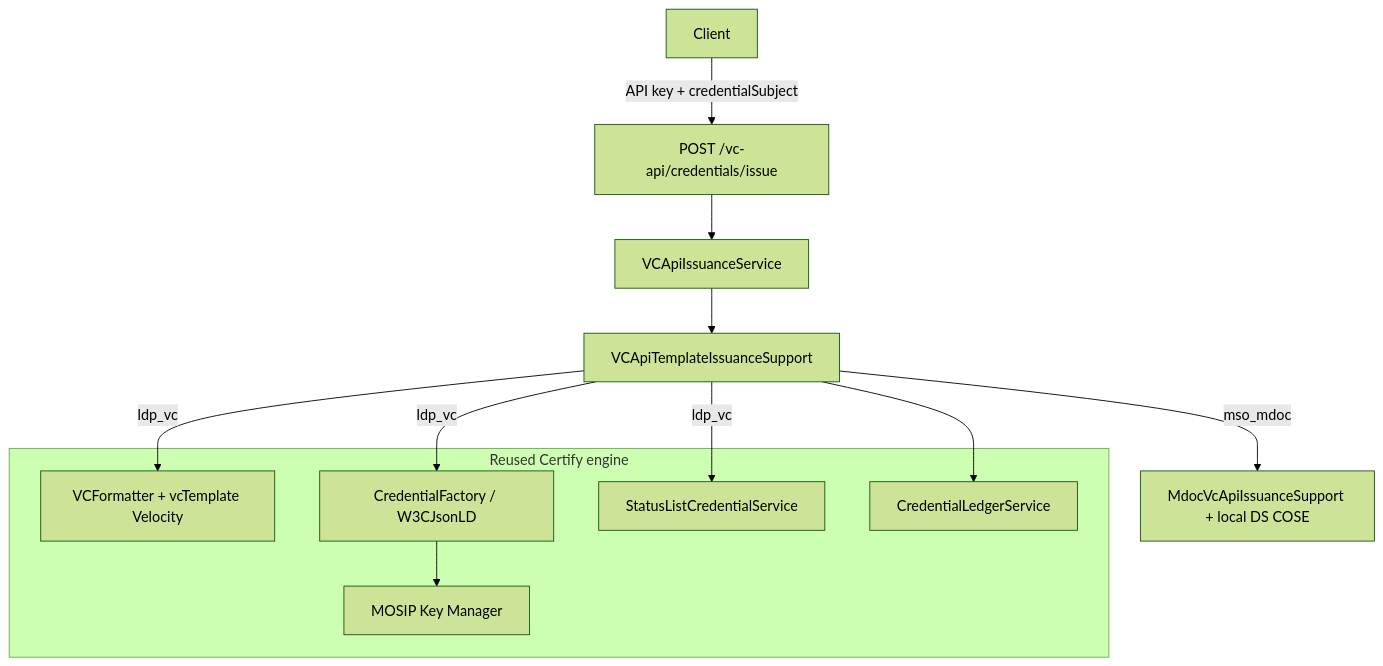
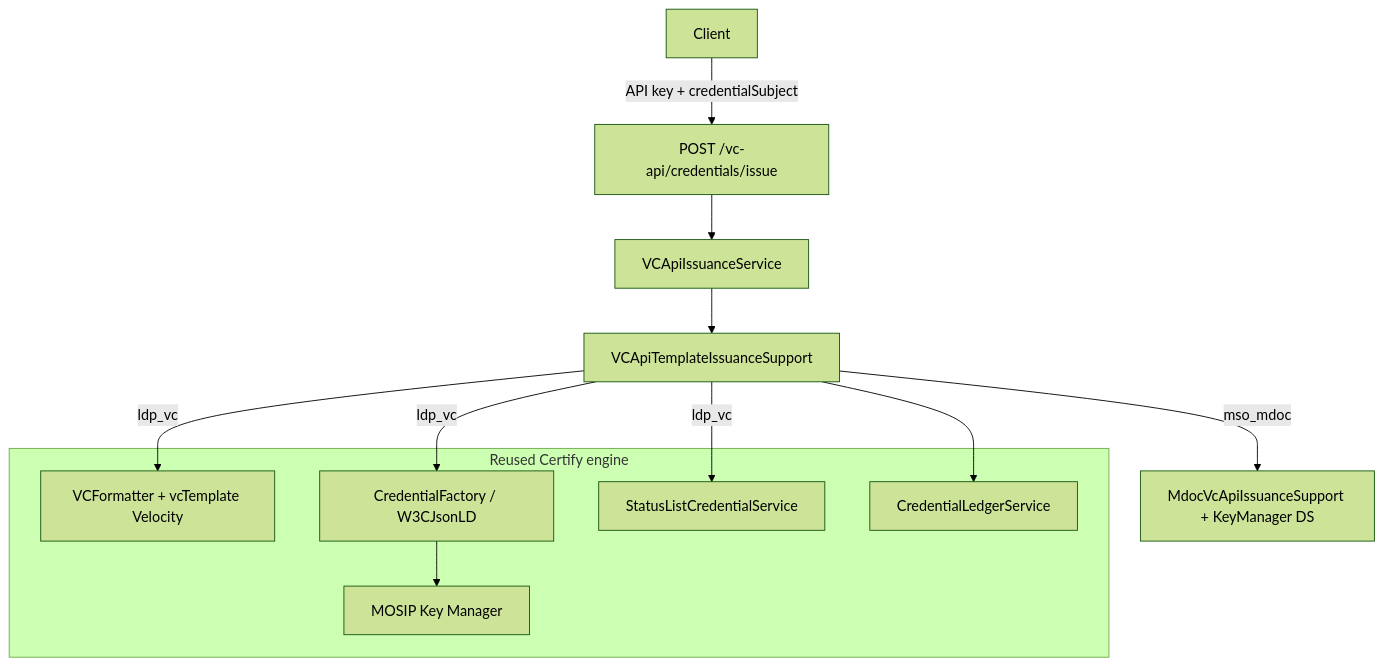
One commit to ooru-digital/inji-certify changed the first of 2 diagrams in docs/W3C-VC-API-Support.md. Above: the diagram before and after it, drawn with Mermaid (forest theme). The commit also changed other lines of this file and 29 other files, not shown here.

Commit message:
Feature: Added the IACA, DS certificate creation during the issuer creation, w3c api to support the mdoc issuance w.r.t issuer DS.

````diff
--- a/docs/W3C-VC-API-Support.md
+++ b/docs/W3C-VC-API-Support.md
@@ -106,23 +106,23 @@
 ```mermaid
 flowchart TB
     Client[Client]
     VCAPI["POST /vc-api/credentials/issue"]
     VAS[VCApiIssuanceService]
     Support[VCApiTemplateIssuanceSupport]
 
     subgraph engine [Reused Certify engine]
         VF[VCFormatter + vcTemplate Velocity]
         CF[CredentialFactory / W3CJsonLD]
         ST[StatusListCredentialService]
         LD[CredentialLedgerService]
         KM[MOSIP Key Manager]
     end
 
     Client -->|"API key + credentialSubject"| VCAPI --> VAS --> Support
     Support -->|ldp_vc| VF
     Support -->|ldp_vc| ST
     Support -->|ldp_vc| CF
     CF --> KM
     Support --> LD
-    Support -->|mso_mdoc| MdocPath[MdocVcApiIssuanceSupport + local DS COSE]
+    Support -->|mso_mdoc| MdocPath[MdocVcApiIssuanceSupport + KeyManager DS]
 ```
````
